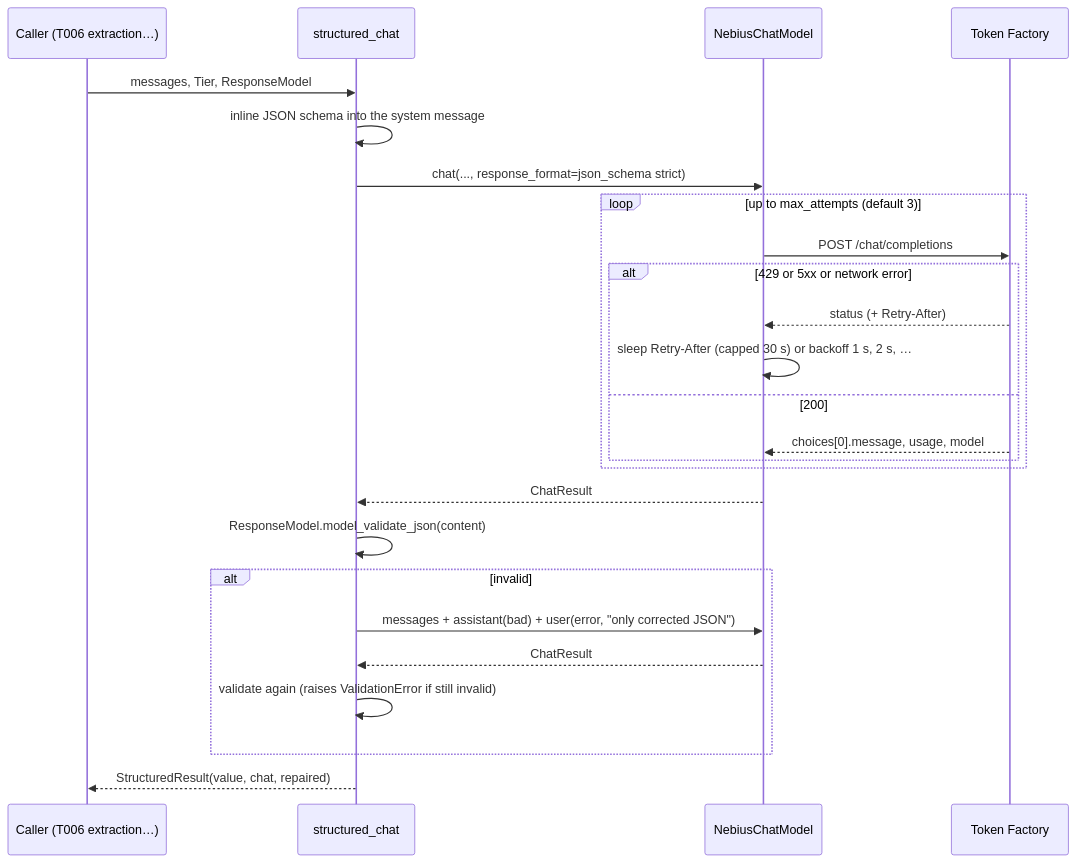
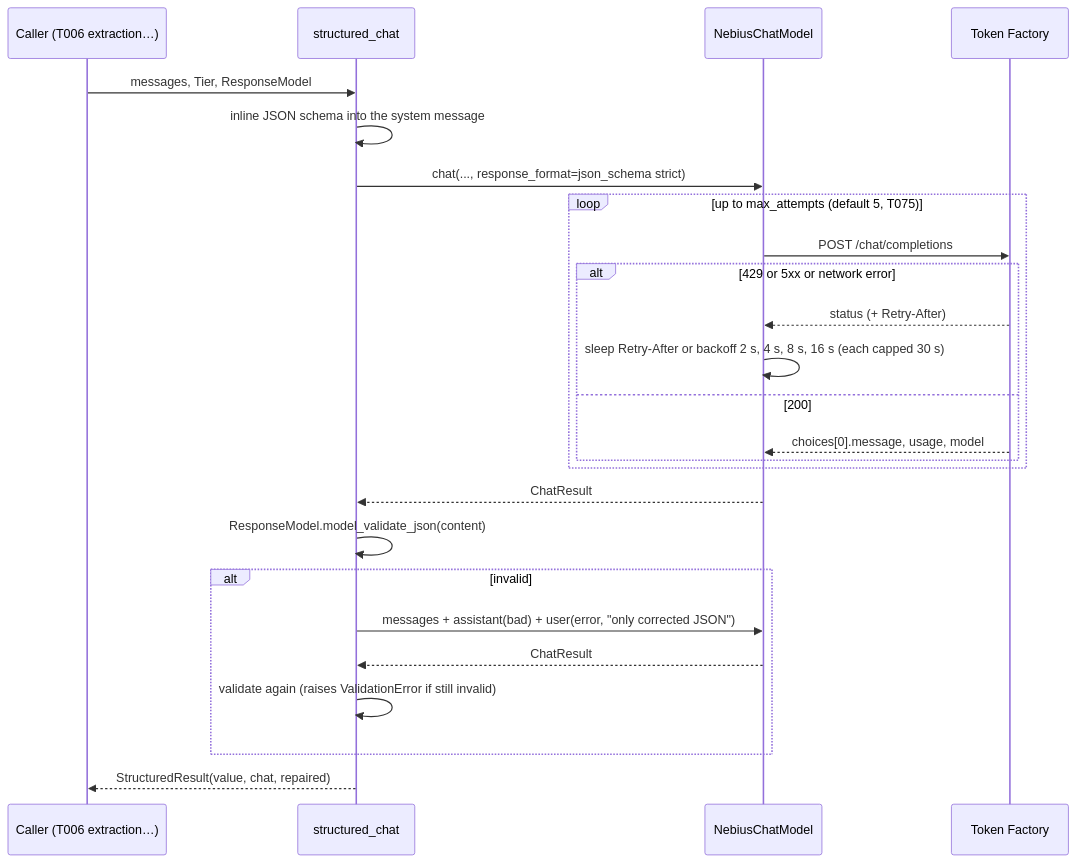
Before and after one commit to Katlego-tech/Panelwise: the second of 2 diagrams in docs/design/llm.md, drawn with Mermaid. The commit also changed other lines of this file and 2 other files, not shown here.

Commit message:
docs(llm): T075 the model client rides out a minute-long network drop: 5 attempts, waits 2 to 16 s, a 10 s connect timeout, at most 2 read timeouts

````diff
--- a/docs/design/llm.md
+++ b/docs/design/llm.md
@@ -81,27 +81,27 @@
 ```mermaid
 sequenceDiagram
     participant C as Caller (T006 extraction…)
     participant S as structured_chat
     participant M as NebiusChatModel
     participant N as Token Factory
     C->>S: messages, Tier, ResponseModel
     S->>S: inline JSON schema into the system message
     S->>M: chat(..., response_format=json_schema strict)
-    loop up to max_attempts (default 3)
+    loop up to max_attempts (default 5, T075)
         M->>N: POST /chat/completions
         alt 429 or 5xx or network error
             N-->>M: status (+ Retry-After)
-            M->>M: sleep Retry-After (capped 30 s) or backoff 1 s, 2 s, …
+            M->>M: sleep Retry-After or backoff 2 s, 4 s, 8 s, 16 s (each capped 30 s)
         else 200
             N-->>M: choices[0].message, usage, model
         end
     end
     M-->>S: ChatResult
     S->>S: ResponseModel.model_validate_json(content)
     alt invalid
         S->>M: messages + assistant(bad) + user(error, "only corrected JSON")
         M-->>S: ChatResult
         S->>S: validate again (raises ValidationError if still invalid)
     end
     S-->>C: StructuredResult(value, chat, repaired)
 ```
````
